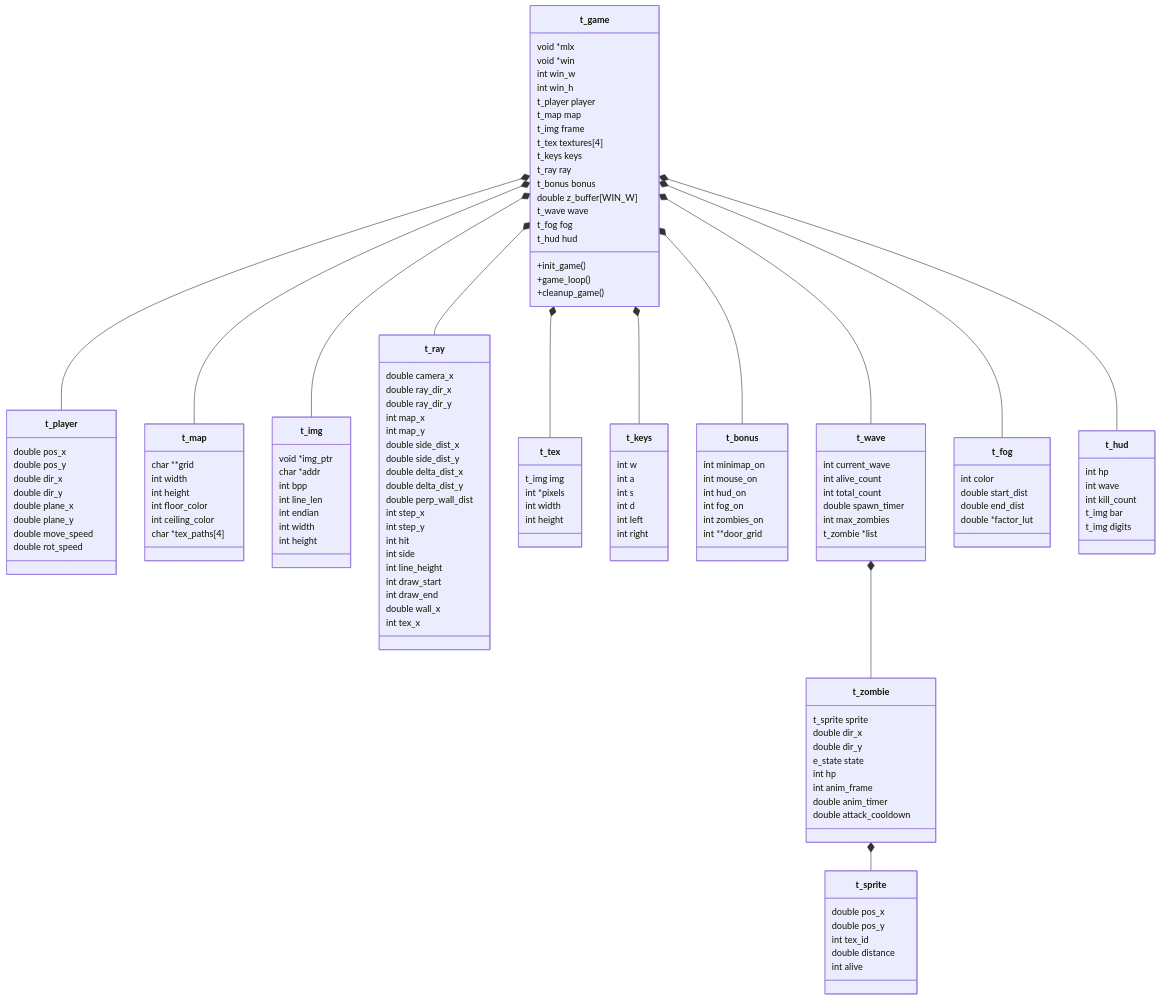
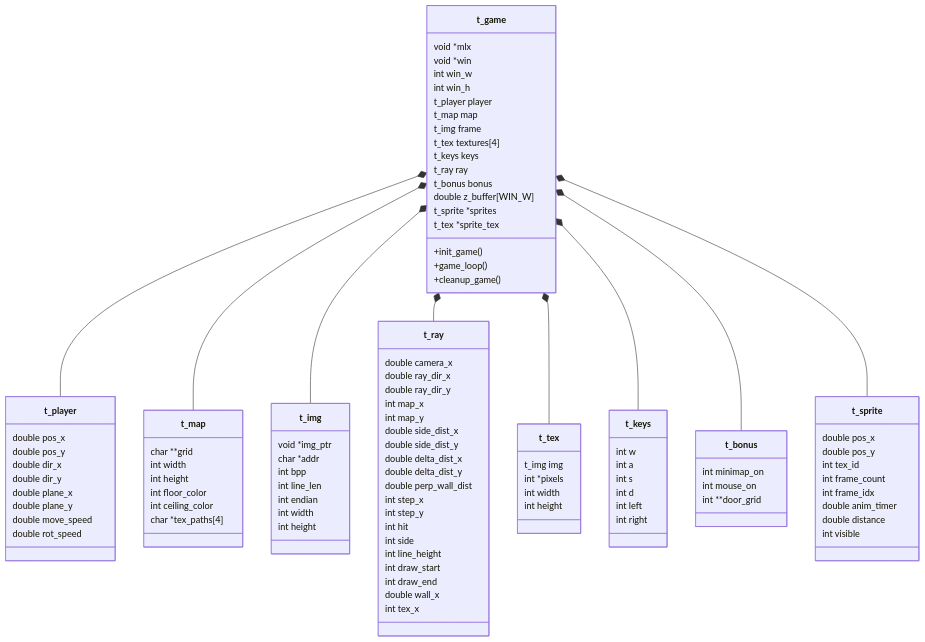
One commit to CristianYepes/Kube changed the diagram in docs/roadmap.md. Above: the diagram before and after it, drawn with Mermaid. The commit also changed other lines of this file and 2 other files, not shown here.

````diff
--- a/docs/roadmap.md
+++ b/docs/roadmap.md
@@ -116,11 +117,7 @@
     t_game *-- t_tex
     t_game *-- t_keys
     t_game *-- t_bonus
-    t_game *-- t_wave
-    t_game *-- t_fog
-    t_game *-- t_hud
-    t_wave *-- t_zombie
-    t_zombie *-- t_sprite
+    t_game *-- t_sprite
 
     class t_game {
         void *mlx
@@ -135,9 +132,8 @@
         t_ray ray
         t_bonus bonus
         double z_buffer[WIN_W]
-        t_wave wave
-        t_fog fog
-        t_hud hud
+        t_sprite *sprites
+        t_tex *sprite_tex
         +init_game()
         +game_loop()
         +cleanup_game()
@@ -214,9 +210,6 @@
     class t_bonus {
         int minimap_on
         int mouse_on
-        int hud_on
-        int fog_on
-        int zombies_on
         int **door_grid
     }
 
@@ -224,42 +217,10 @@
         double pos_x
         double pos_y
         int tex_id
+        int frame_count
+        int frame_idx
+        double anim_timer
         double distance
-        int alive
-    }
-
-    class t_zombie {
-        t_sprite sprite
-        double dir_x
-        double dir_y
-        e_state state
-        int hp
-        int anim_frame
-        double anim_timer
-        double attack_cooldown
-    }
-
-    class t_wave {
-        int current_wave
-        int alive_count
-        int total_count
-        double spawn_timer
-        int max_zombies
-        t_zombie *list
-    }
-
-    class t_fog {
-        int color
-        double start_dist
-        double end_dist
-        double *factor_lut
-    }
-
-    class t_hud {
-        int hp
-        int wave
-        int kill_count
-        t_img bar
-        t_img digits
+        int visible
     }
 ```
````
